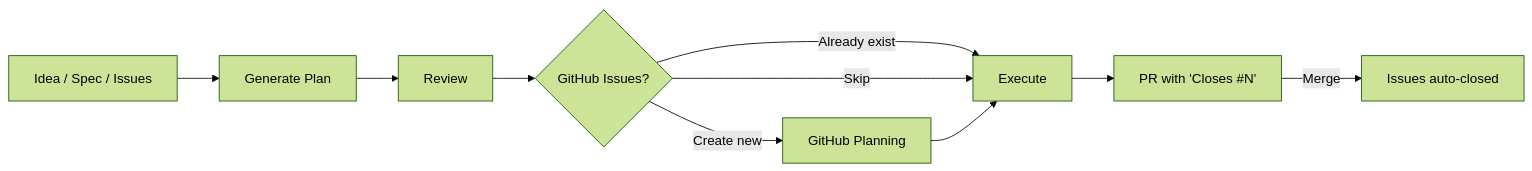
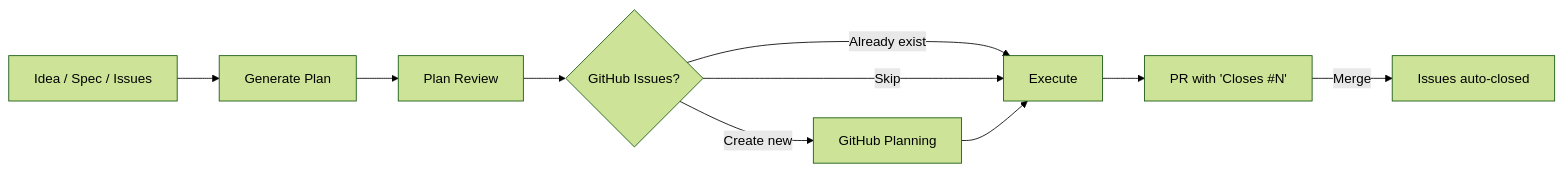
Before and after one commit to paixaop/my-claude-skills: the diagram in plugins/pmp/skills/pmp/references/overview.md, drawn with Mermaid (forest theme). The commit also changed other lines of this file and 10 other files, not shown here.

First line of the commit message:
Add 10-phase architecture & spec review to PMP skill

````diff
--- a/plugins/pmp/skills/pmp/references/overview.md
+++ b/plugins/pmp/skills/pmp/references/overview.md
@@ -9,12 +9,12 @@
 ```mermaid
 graph LR
     A[Idea / Spec / Issues] --> B[Generate Plan]
-    B --> C[Review]
+    B --> C[Plan Review]
     C --> D{GitHub Issues?}
     D -->|Create new| E[GitHub Planning]
     D -->|Already exist| F[Execute]
     D -->|Skip| F
     E --> F
     F --> G[PR with 'Closes #N']
     G -->|Merge| H[Issues auto-closed]
 ```
````
